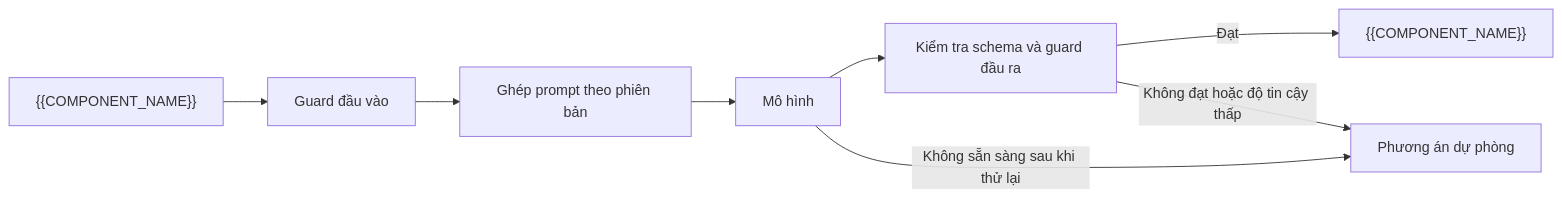
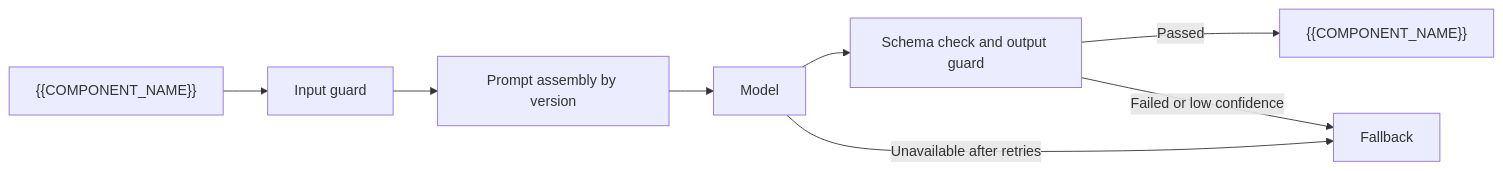
Before and after one commit to vuquoctrungbk/specflow: the first of 3 diagrams in skills/specflow/assets/kit/overlays/ai-llm-app/architecture-sections.md, drawn with Mermaid. The commit also changed other lines of this file and 100 other files, not shown here.

````diff
--- a/skills/specflow/assets/kit/overlays/ai-llm-app/architecture-sections.md
+++ b/skills/specflow/assets/kit/overlays/ai-llm-app/architecture-sections.md
@@ -16,10 +16,10 @@
 ```mermaid
 flowchart LR
-    IN["{{COMPONENT_NAME}}"] --> GI["Guard đầu vào"]
-    GI --> PA["Ghép prompt theo phiên bản"]
-    PA --> M["Mô hình"]
-    M --> GO["Kiểm tra schema và guard đầu ra"]
-    GO -->|"Đạt"| POST["{{COMPONENT_NAME}}"]
-    GO -->|"Không đạt hoặc độ tin cậy thấp"| FB["Phương án dự phòng"]
-    M -->|"Không sẵn sàng sau khi thử lại"| FB
+    IN["{{COMPONENT_NAME}}"] --> GI["Input guard"]
+    GI --> PA["Prompt assembly by version"]
+    PA --> M["Model"]
+    M --> GO["Schema check and output guard"]
+    GO -->|"Passed"| POST["{{COMPONENT_NAME}}"]
+    GO -->|"Failed or low confidence"| FB["Fallback"]
+    M -->|"Unavailable after retries"| FB
 ```
````
